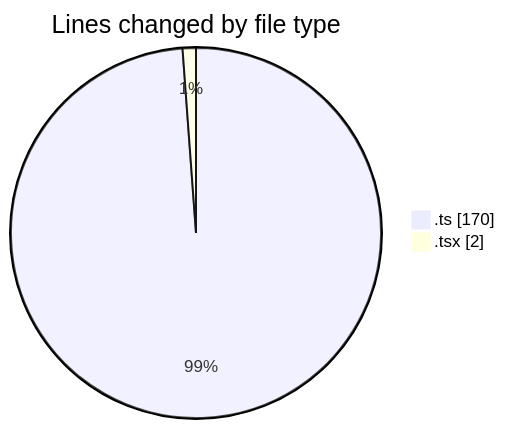
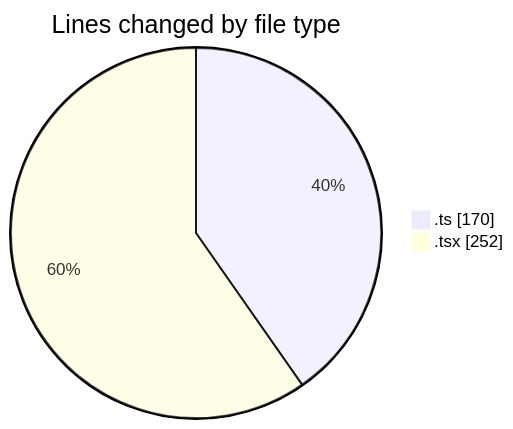
One commit to momahboobian/code-tracking changed the first of 2 diagrams in 2025-09-02/cda/README.md. Above: the diagram before and after it, drawn with Mermaid. The commit also changed other lines of this file and 1 other file, not shown here.

````diff
--- a/2025-09-02/cda/README.md
+++ b/2025-09-02/cda/README.md
@@ -21,6 +22,6 @@
 ```mermaid
 pie showData
 title Lines changed by file type
 ".ts" : 170
-".tsx" : 2
+".tsx" : 252
 ```
````
